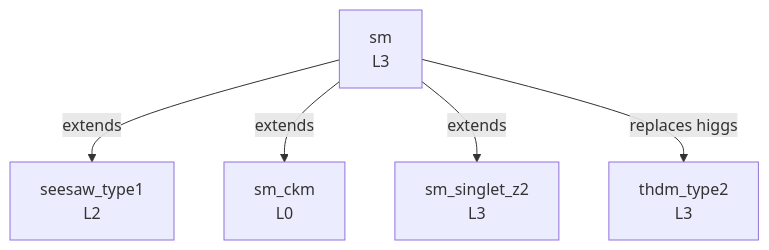
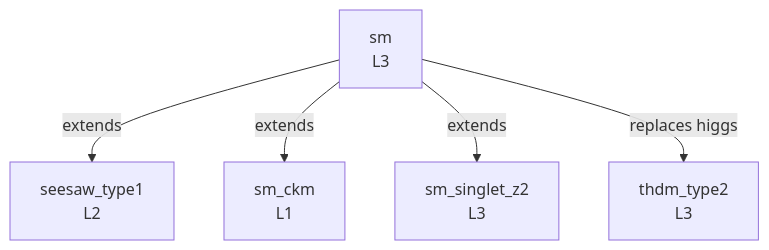
One commit to moiseszeleny/feynlag-models changed the diagram in GENEALOGY.md. Above: the diagram before and after it, drawn with Mermaid. The commit also changed other lines of this file and 5 other files, not shown here.

````diff
--- a/GENEALOGY.md
+++ b/GENEALOGY.md
@@ -5,12 +5,12 @@
 ```mermaid
 graph TD
     seesaw_type1["seesaw_type1<br/>L2"]
     sm["sm<br/>L3"]
-    sm_ckm["sm_ckm<br/>L0"]
+    sm_ckm["sm_ckm<br/>L1"]
     sm_singlet_z2["sm_singlet_z2<br/>L3"]
     thdm_type2["thdm_type2<br/>L3"]
     sm -->|extends| seesaw_type1
     sm -->|extends| sm_ckm
     sm -->|extends| sm_singlet_z2
     sm -->|replaces higgs| thdm_type2
 ```
````
